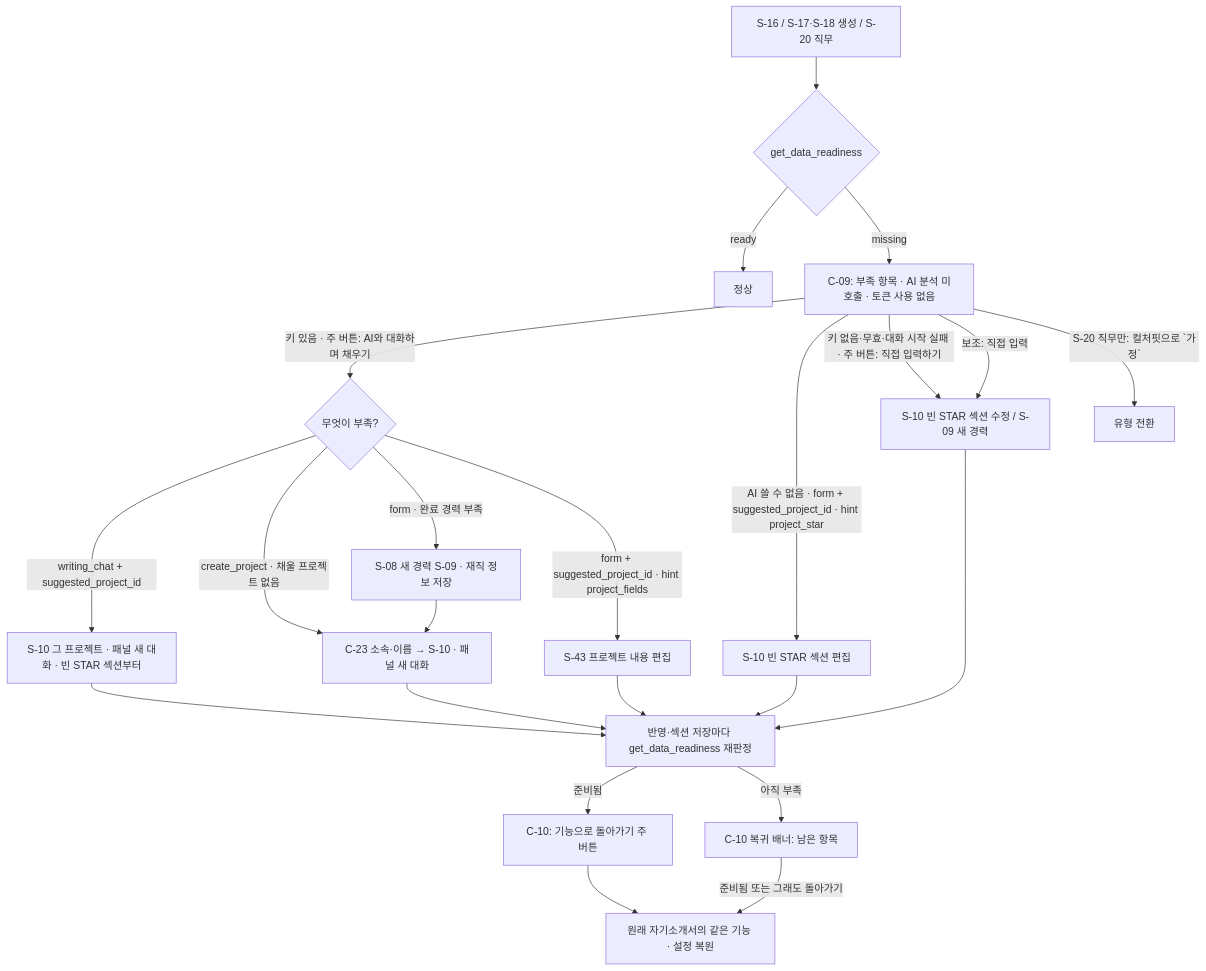
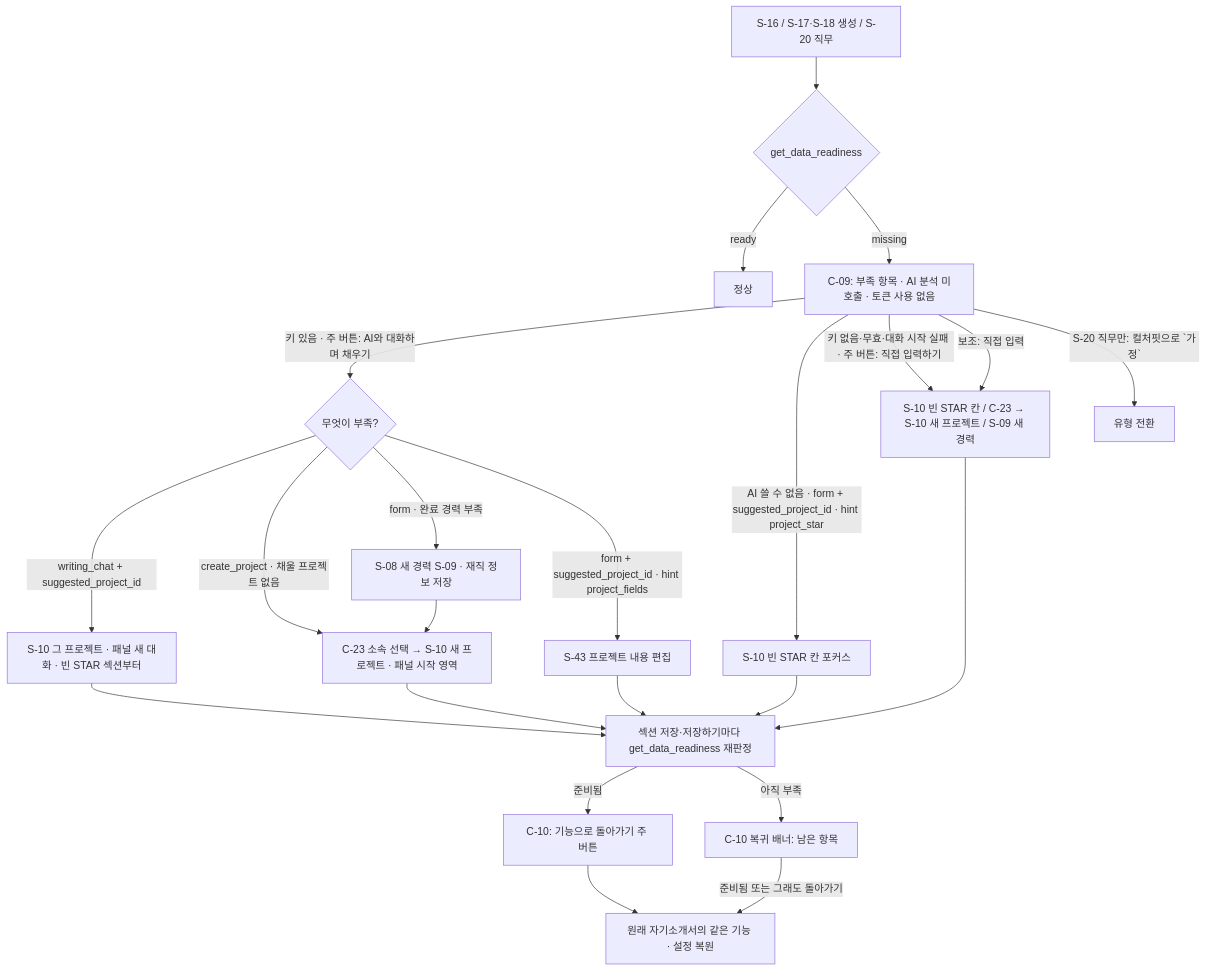
Before and after one commit to j-hyunn/resumate: diagram 14 of 21 in docs/planning/02-user-flows.md, drawn with Mermaid. The commit also changed other lines of this file and 11 other files, not shown here.

````diff
--- a/docs/planning/02-user-flows.md
+++ b/docs/planning/02-user-flows.md
@@ -527,24 +623,24 @@
 ```mermaid
 flowchart TD
   A[S-16 / S-17·S-18 생성 / S-20 직무] --> B{get_data_readiness}
   B -->|ready| OK[정상]
   B -->|missing| C[C-09: 부족 항목 · AI 분석 미호출 · 토큰 사용 없음]
   C -->|키 있음 · 주 버튼: AI와 대화하며 채우기| K{무엇이 부족?}
   K -->|writing_chat + suggested_project_id| D2[S-10 그 프로젝트 · 패널 새 대화 · 빈 STAR 섹션부터]
-  K -->|create_project · 채울 프로젝트 없음| D1[C-23 소속·이름 → S-10 · 패널 새 대화]
+  K -->|create_project · 채울 프로젝트 없음| D1[C-23 소속 선택 → S-10 새 프로젝트 · 패널 시작 영역]
   K -->|form · 완료 경력 부족| D0[S-08 새 경력 S-09 · 재직 정보 저장] --> D1
-  C -->|AI 쓸 수 없음 · form + suggested_project_id · hint project_star| D4[S-10 빈 STAR 섹션 편집]
+  C -->|AI 쓸 수 없음 · form + suggested_project_id · hint project_star| D4[S-10 빈 STAR 칸 포커스]
   K -->|form + suggested_project_id · hint project_fields| D5[S-43 프로젝트 내용 편집]
-  C -->|키 없음·무효·대화 시작 실패 · 주 버튼: 직접 입력하기| FM[S-10 빈 STAR 섹션 수정 / S-09 새 경력]
+  C -->|키 없음·무효·대화 시작 실패 · 주 버튼: 직접 입력하기| FM[S-10 빈 STAR 칸 / C-23 → S-10 새 프로젝트 / S-09 새 경력]
   C -->|보조: 직접 입력| FM
   C -->|S-20 직무만: 컬처핏으로 `가정`| CF[유형 전환]
-  D1 --> S[반영·섹션 저장마다 get_data_readiness 재판정]
+  D1 --> S[섹션 저장·저장하기마다 get_data_readiness 재판정]
   D2 --> S
   D4 --> S
   D5 --> S
   FM --> S
   S -->|준비됨| F[C-10: 기능으로 돌아가기 주 버튼]
   S -->|아직 부족| E[C-10 복귀 배너: 남은 항목]
   E -->|준비됨 또는 그래도 돌아가기| F2[원래 자기소개서의 같은 기능 · 설정 복원]
   F --> F2
 ```
````
